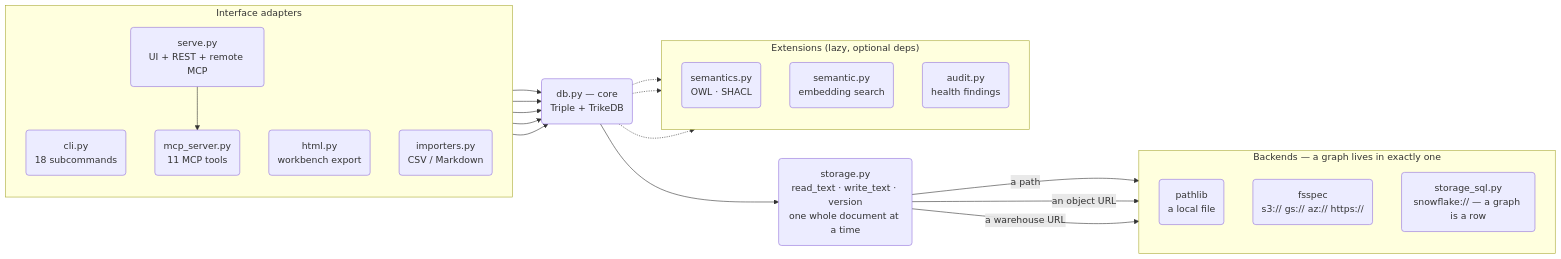
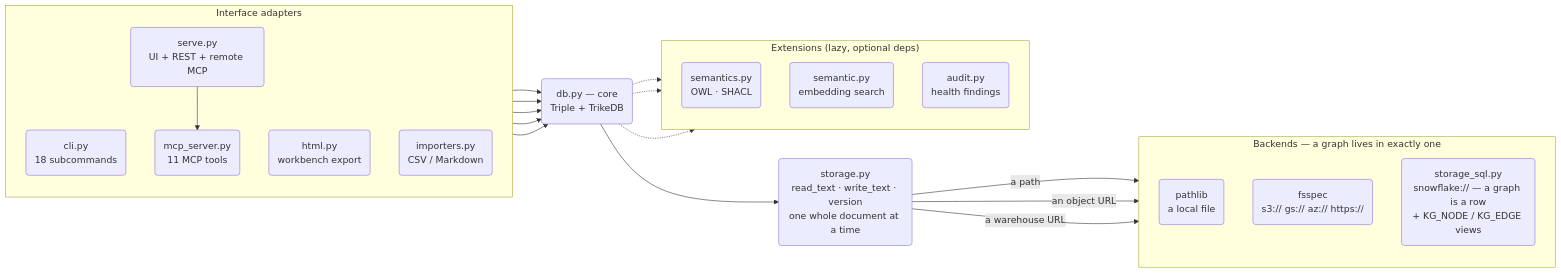
The diagram in docs/ARCHITECTURE.md (RyutoYoda/trikedb), drawn with Mermaid before and after one commit. The commit also changed other lines of this file and 11 other files, not shown here.

First line of the commit message:
Release: 0.22.0 — Snowflake側からもグラフが読めるようになった。docをJSONにしてKG_NODE/KG_EDGE/KG_PREDICATE/KG_TRIPLEのビューを追加（実機でSQLのみからノード・エッジ・オントロジー・実テーブルとのJOINまで確認）

````diff
--- a/docs/ARCHITECTURE.md
+++ b/docs/ARCHITECTURE.md
@@ -6,43 +6,43 @@
 ```mermaid
 flowchart LR
     subgraph adapters["Interface adapters"]
         direction TB
         CLI("cli.py<br/>18 subcommands")
         MCP("mcp_server.py<br/>11 MCP tools")
         SERVE("serve.py<br/>UI + REST + remote MCP")
         HTML("html.py<br/>workbench export")
         IMP("importers.py<br/>CSV / Markdown")
     end
 
     CORE("db.py — core<br/>Triple + TrikeDB")
 
     subgraph ext["Extensions (lazy, optional deps)"]
         direction TB
         SEM("semantics.py<br/>OWL · SHACL")
         EMB("semantic.py<br/>embedding search")
         AUD("audit.py<br/>health findings")
     end
 
     STORE("storage.py<br/>read_text · write_text · version<br/>one whole document at a time")
 
     subgraph backends["Backends — a graph lives in exactly one"]
         direction TB
         LOCAL("pathlib<br/>a local file")
         FS("fsspec<br/>s3:// gs:// az:// https://")
-        SQL("storage_sql.py<br/>snowflake:// — a graph is a row")
+        SQL("storage_sql.py<br/>snowflake:// — a graph is a row<br/>+ KG_NODE / KG_EDGE views")
     end
 
     SERVE --> MCP
     CLI --> CORE
     MCP --> CORE
     SERVE --> CORE
     HTML --> CORE
     IMP --> CORE
     CORE --> STORE
     STORE -->|"a path"| LOCAL
     STORE -->|"an object URL"| FS
     STORE -->|"a warehouse URL"| SQL
     CORE -.-> SEM
     CORE -.-> EMB
     CORE -.-> AUD
 ```
````
